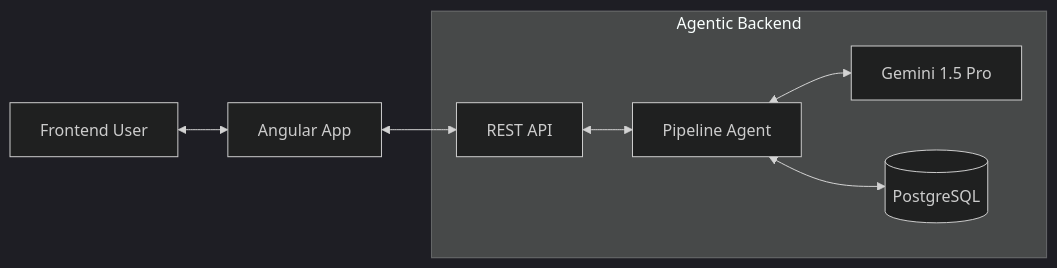
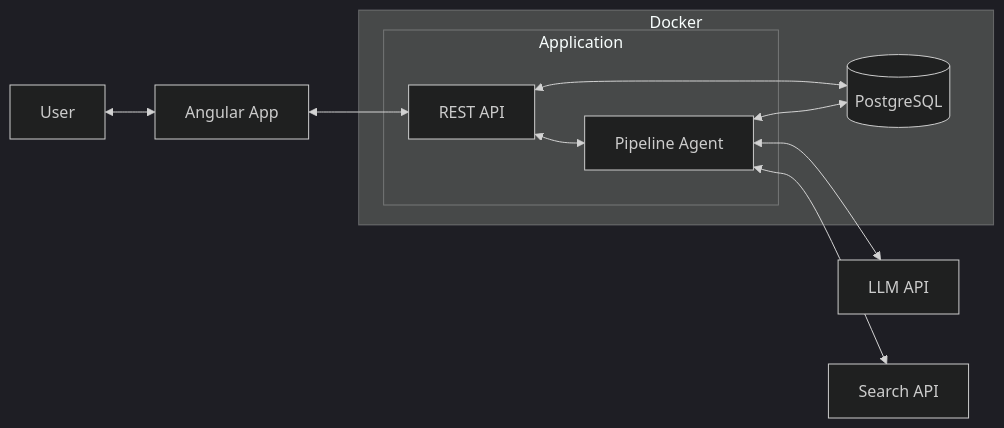
One commit to jonkmatsumo/resume-customizer-frontend changed the diagram in README.md. Above: the diagram before and after it, drawn with Mermaid (dark theme).

````diff
--- a/README.md
+++ b/README.md
@@ -22,11 +22,17 @@
 ```mermaid
 flowchart LR
-    USER[Frontend User] <--> APP[Angular App]
+    USER[User] <--> APP[Angular App]
     APP <--> API[REST API]
     
-    subgraph "Agentic Backend"
-        API <--> AGENT[Pipeline Agent]
-        AGENT <--> LLM[Gemini 1.5 Pro]
-        AGENT <--> DB[(PostgreSQL)]
+    subgraph Docker
+        DB[(PostgreSQL)]
+        subgraph Application
+            API <--> AGENT[Pipeline Agent]
+        end
     end
+    
+    API <--> DB
+    AGENT <--> LLM[LLM API]
+    AGENT <--> SEARCH[Search API]
+    AGENT <--> DB
 ```
````
